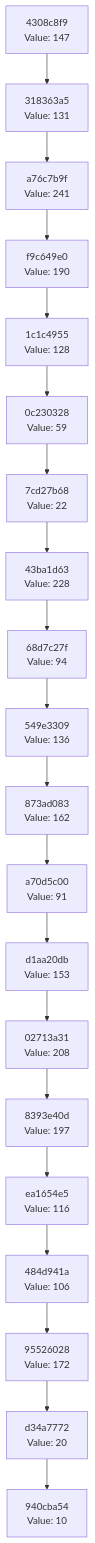
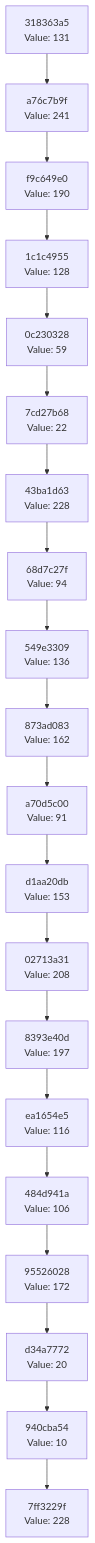
Before and after one commit to Abhisheksinha1506/hash-chain-evolver: the diagram in docs/CHAIN_VISUALIZATION.md, drawn with Mermaid. The commit also changed 3 other files, not shown here.

````diff
--- a/docs/CHAIN_VISUALIZATION.md
+++ b/docs/CHAIN_VISUALIZATION.md
@@ -3,42 +3,42 @@
 ```mermaid
 graph TD
-    C0["940cba54<br/>Value: 10"]
-    C1["d34a7772<br/>Value: 20"]
+    C0["7ff3229f<br/>Value: 228"]
+    C1["940cba54<br/>Value: 10"]
     C1 --> C0
-    C2["95526028<br/>Value: 172"]
+    C2["d34a7772<br/>Value: 20"]
     C2 --> C1
-    C3["484d941a<br/>Value: 106"]
+    C3["95526028<br/>Value: 172"]
     C3 --> C2
-    C4["ea1654e5<br/>Value: 116"]
+    C4["484d941a<br/>Value: 106"]
     C4 --> C3
-    C5["8393e40d<br/>Value: 197"]
+    C5["ea1654e5<br/>Value: 116"]
     C5 --> C4
-    C6["02713a31<br/>Value: 208"]
+    C6["8393e40d<br/>Value: 197"]
     C6 --> C5
-    C7["d1aa20db<br/>Value: 153"]
+    C7["02713a31<br/>Value: 208"]
     C7 --> C6
-    C8["a70d5c00<br/>Value: 91"]
+    C8["d1aa20db<br/>Value: 153"]
     C8 --> C7
-    C9["873ad083<br/>Value: 162"]
+    C9["a70d5c00<br/>Value: 91"]
     C9 --> C8
-    C10["549e3309<br/>Value: 136"]
+    C10["873ad083<br/>Value: 162"]
     C10 --> C9
-    C11["68d7c27f<br/>Value: 94"]
+    C11["549e3309<br/>Value: 136"]
     C11 --> C10
-    C12["43ba1d63<br/>Value: 228"]
+    C12["68d7c27f<br/>Value: 94"]
     C12 --> C11
-    C13["7cd27b68<br/>Value: 22"]
+    C13["43ba1d63<br/>Value: 228"]
     C13 --> C12
-    C14["0c230328<br/>Value: 59"]
+    C14["7cd27b68<br/>Value: 22"]
     C14 --> C13
-    C15["1c1c4955<br/>Value: 128"]
+    C15["0c230328<br/>Value: 59"]
     C15 --> C14
-    C16["f9c649e0<br/>Value: 190"]
+    C16["1c1c4955<br/>Value: 128"]
     C16 --> C15
-    C17["a76c7b9f<br/>Value: 241"]
+    C17["f9c649e0<br/>Value: 190"]
     C17 --> C16
-    C18["318363a5<br/>Value: 131"]
+    C18["a76c7b9f<br/>Value: 241"]
     C18 --> C17
-    C19["4308c8f9<br/>Value: 147"]
+    C19["318363a5<br/>Value: 131"]
     C19 --> C18
 ```
````
